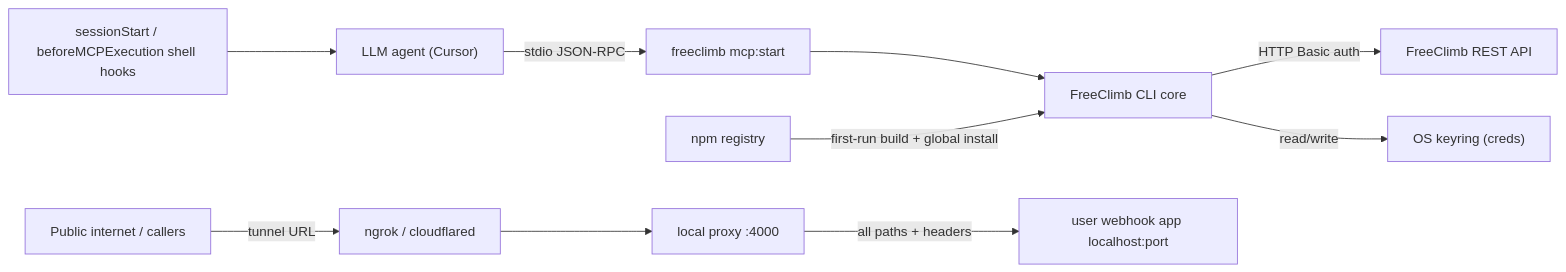
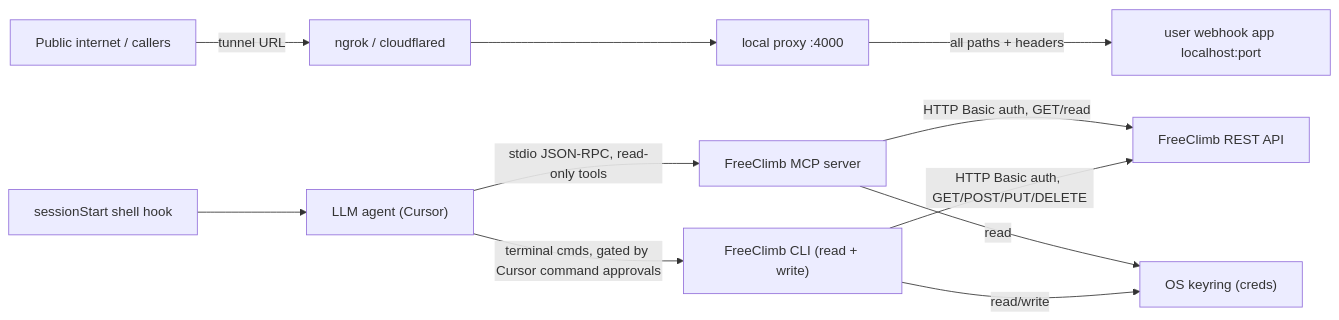
One commit to FreeClimbAPI/freeclimb-plugin changed the diagram in docs/security/architecture-review.md. Above: the diagram before and after it, drawn with Mermaid. The commit also changed other lines of this file and 16 other files, not shown here.

First line of the commit message:
feat: make MCP server read-only, route actions through CLI

````diff
--- a/docs/security/architecture-review.md
+++ b/docs/security/architecture-review.md
@@ -43,12 +43,13 @@
 ```mermaid
 flowchart LR
-  llm["LLM agent (Cursor)"] -->|stdio JSON-RPC| mcp["freeclimb mcp:start"]
-  mcp --> cli["FreeClimb CLI core"]
-  cli -->|HTTP Basic auth| api["FreeClimb REST API"]
-  cli -->|read/write| keyring["OS keyring (creds)"]
+  llm["LLM agent (Cursor)"] -->|stdio JSON-RPC, read-only tools| mcp["FreeClimb MCP server"]
+  llm -->|terminal cmds, gated by Cursor command approvals| cli["FreeClimb CLI (read + write)"]
+  mcp -->|HTTP Basic auth, GET/read| api["FreeClimb REST API"]
+  cli -->|HTTP Basic auth, GET/POST/PUT/DELETE| api
+  mcp -->|read| keyring["OS keyring (creds)"]
+  cli -->|read/write| keyring
   internet["Public internet / callers"] -->|tunnel URL| tunnel["ngrok / cloudflared"]
   tunnel --> proxy["local proxy :4000"]
   proxy -->|all paths + headers| localapp["user webhook app localhost:port"]
-  npm["npm registry"] -->|first-run build + global install| cli
-  hooks["sessionStart / beforeMCPExecution shell hooks"] --> llm
+  hooks["sessionStart shell hook"] --> llm
 ```
````
